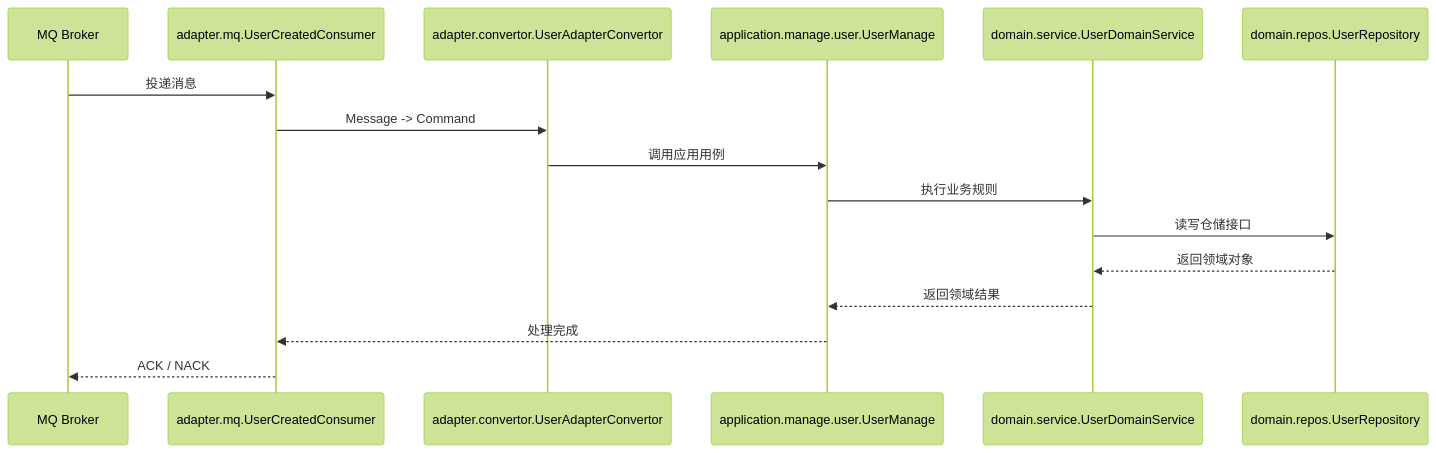
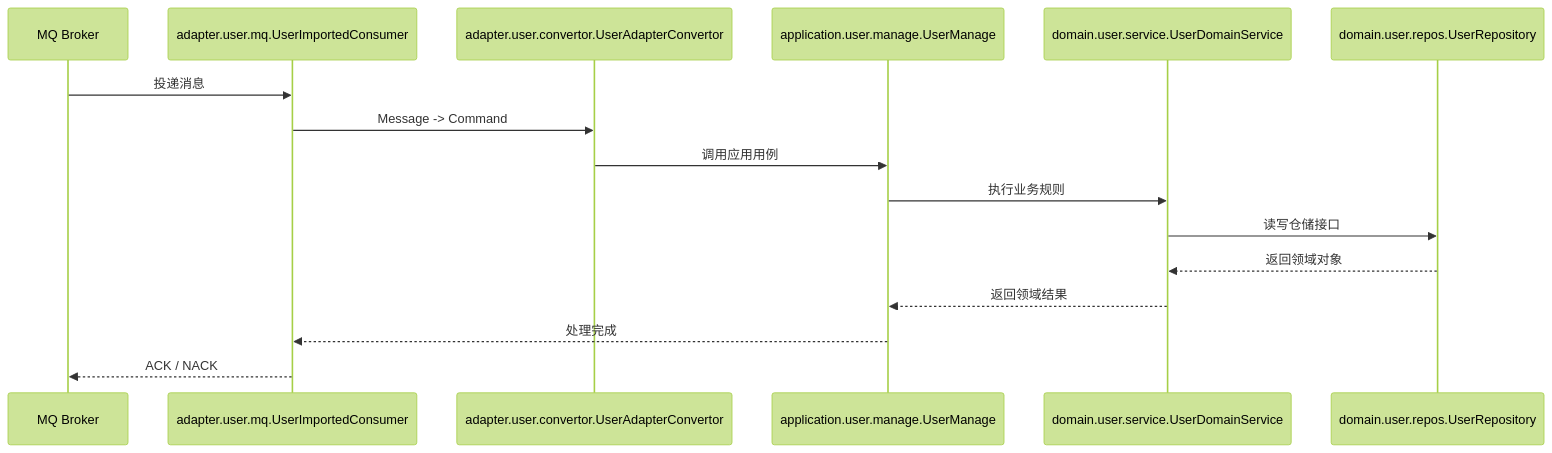
Diagram 17 of 19 in egon-cola-archetypes/architecture-mermaid-diagrams.md (AllenDEricDAlexander/Egon-COLA), drawn with Mermaid (forest theme) before and after one commit. The commit also changed other lines of this file and 32 other files, not shown here.

First line of the commit message:
fix(archetypes): make architecture governance actually enforce, correct guide docs

````diff
--- a/egon-cola-archetypes/architecture-mermaid-diagrams.md
+++ b/egon-cola-archetypes/architecture-mermaid-diagrams.md
@@ -422,18 +446,18 @@
 ```mermaid
 sequenceDiagram
     participant Broker as MQ Broker
-    participant Consumer as adapter.mq.UserCreatedConsumer
-    participant Convertor as adapter.convertor.UserAdapterConvertor
-    participant Manage as application.manage.user.UserManage
-    participant Domain as domain.service.UserDomainService
-    participant Repo as domain.repos.UserRepository
+    participant Consumer as adapter.user.mq.UserImportedConsumer
+    participant Convertor as adapter.user.convertor.UserAdapterConvertor
+    participant Manage as application.user.manage.UserManage
+    participant Domain as domain.user.service.UserDomainService
+    participant Repo as domain.user.repos.UserRepository
     Broker ->> Consumer: 投递消息
     Consumer ->> Convertor: Message -> Command
     Convertor ->> Manage: 调用应用用例
     Manage ->> Domain: 执行业务规则
     Domain ->> Repo: 读写仓储接口
     Repo -->> Domain: 返回领域对象
     Domain -->> Manage: 返回领域结果
     Manage -->> Consumer: 处理完成
     Consumer -->> Broker: ACK / NACK
 ```
````
